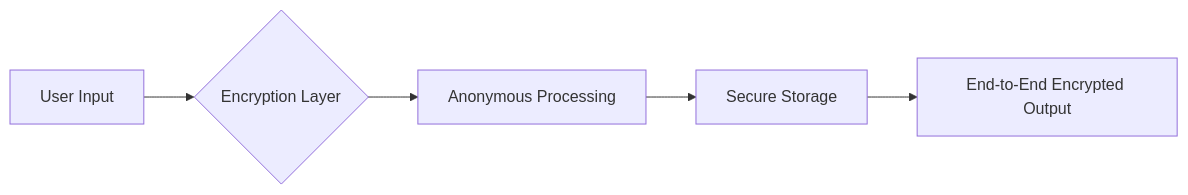
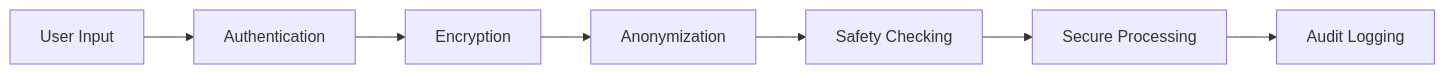
One commit to ImTani/safe-space changed the second of 2 diagrams in README.md. Above: the diagram before and after it, drawn with Mermaid. The commit also changed other lines of this file and 1 other file, not shown here.

````diff
--- a/README.md
+++ b/README.md
@@ -80,7 +82,9 @@
 ```mermaid
 flowchart LR
-    A[User Input] --> B{Encryption Layer}
-    B --> C[Anonymous Processing]
-    C --> D[Secure Storage]
-    D --> E[End-to-End Encrypted Output]
+    A[User Input] --> B[Authentication]
+    B --> C[Encryption]
+    C --> D[Anonymization]
+    D --> E[Safety Checking]
+    E --> F[Secure Processing]
+    F --> G[Audit Logging]
 ```
````
